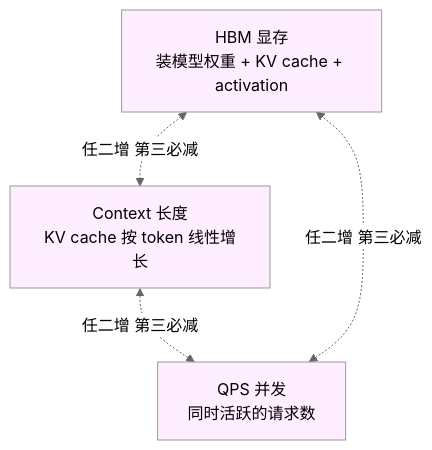
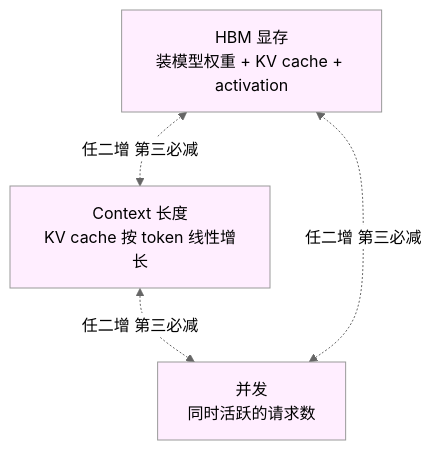
One commit to oh-my-vibe-coding/ai-reliability-architecture changed the first of 2 diagrams in 深入/05-LLM推理服务的容量规划.md. Above: the diagram before and after it, drawn with Mermaid (neutral theme). The commit also changed other lines of this file and 1 other file, not shown here.

Commit message:
fix: 第5章容量三角节重写为显存链/性能链双链结构，深入05 顶点量纲归一
- 第5章「容量规划必须画的那张三角图」重构：显存链与性能链拆分为独立公式块，
  输出 Token 维度显式入账，补 Little's Law 换算与正确的容量问句，对齐全书
  prefill/decode/KV cache/TPOT 术语与复习卡正典
- 深入05 三角图顶点标签 QPS 并发 → 并发，清率vs量残留（与第5章口径一致）

````diff
--- a/深入/05-LLM推理服务的容量规划.md
+++ b/深入/05-LLM推理服务的容量规划.md
@@ -82,14 +82,14 @@
 ```mermaid
 flowchart TD
     H[HBM 显存<br/>装模型权重 + KV cache + activation]
     C[Context 长度<br/>KV cache 按 token 线性增长]
-    Q[QPS 并发<br/>同时活跃的请求数]
+    Q[并发<br/>同时活跃的请求数]
 
     H <-.任二增 第三必减.-> C
     C <-.任二增 第三必减.-> Q
     Q <-.任二增 第三必减.-> H
 
     style H fill:#fef
     style C fill:#fef
     style Q fill:#fef
 ```
````
